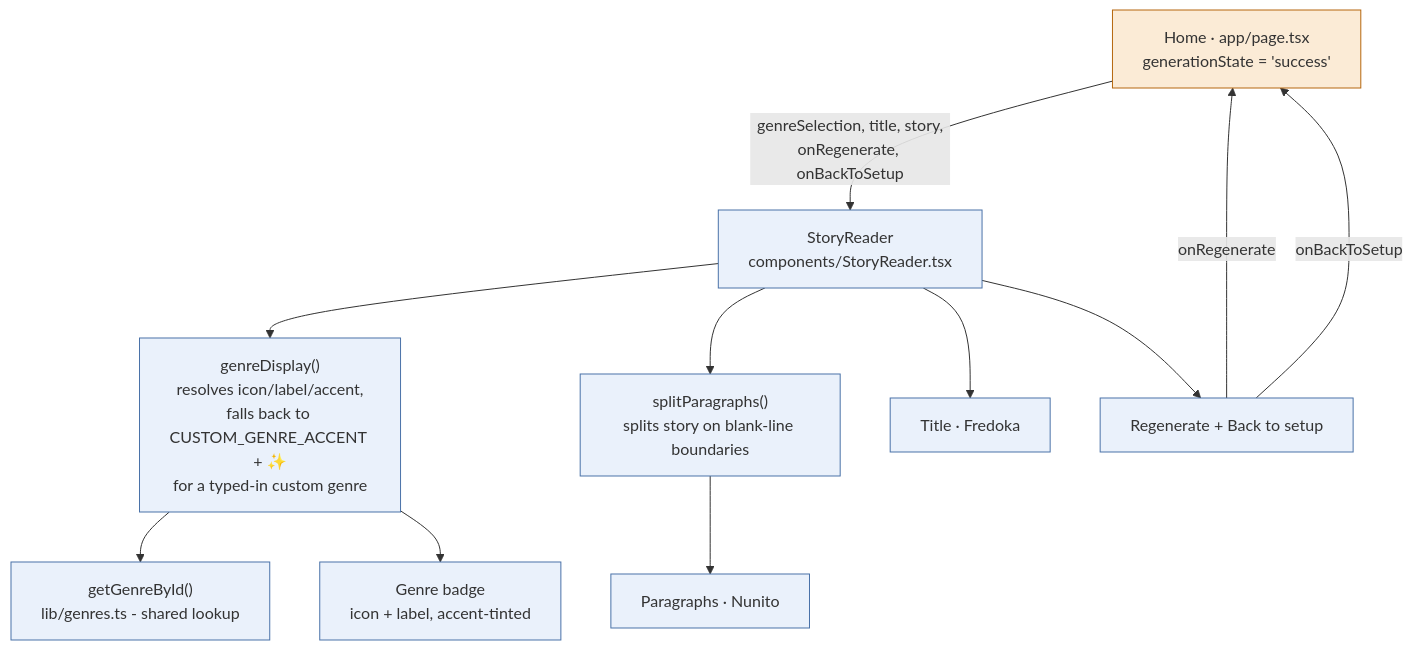
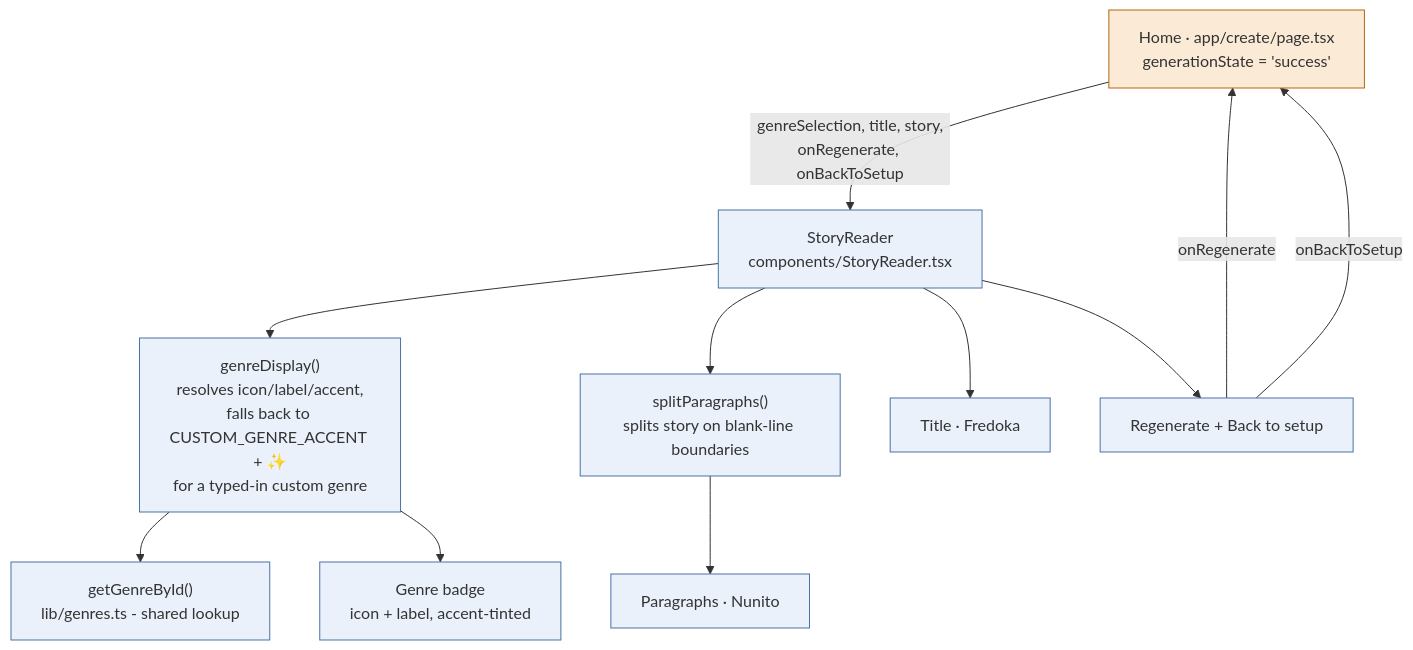
One commit to aio-studios/children-story-app changed the fourth of 8 diagrams in docs/architecture.md. Above: the diagram before and after it, drawn with Mermaid. The commit also changed other lines of this file and 48 other files, not shown here.

First line of the commit message:
feat: landing page at /, app moves to /create (#97) (#100)

````diff
--- a/docs/architecture.md
+++ b/docs/architecture.md
@@ -205,28 +230,28 @@
 ```mermaid
 graph TD
-  Page["Home · app/page.tsx<br/>generationState = 'success'"]
+  Page["Home · app/create/page.tsx<br/>generationState = 'success'"]
   SR["StoryReader<br/>components/StoryReader.tsx"]
   GD["genreDisplay()<br/>resolves icon/label/accent,<br/>falls back to CUSTOM_GENRE_ACCENT + ✨<br/>for a typed-in custom genre"]
   SP["splitParagraphs()<br/>splits story on blank-line boundaries"]
   GBI["getGenreById()<br/>lib/genres.ts - shared lookup"]
   Badge["Genre badge<br/>icon + label, accent-tinted"]
   Title["Title · Fredoka"]
   Body["Paragraphs · Nunito"]
   Actions["Regenerate + Back to setup"]
 
   Page -->|genreSelection, title, story,<br/>onRegenerate, onBackToSetup| SR
   SR --> GD
   SR --> SP
   GD --> GBI
   GD --> Badge
   SP --> Body
   SR --> Title
   SR --> Actions
   Actions -->|onRegenerate| Page
   Actions -->|onBackToSetup| Page
 
   classDef stateful fill:#FBEBD6,stroke:#B5670E;
   classDef plain fill:#EAF1FB,stroke:#4A72A8;
   class Page stateful;
   class SR,GD,SP,GBI,Badge,Title,Body,Actions plain;
 ```
````
